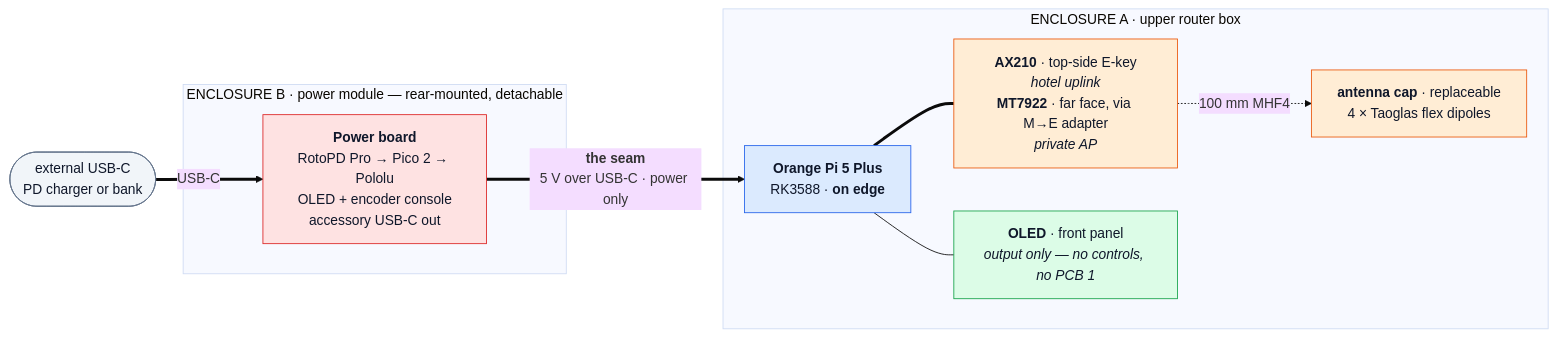
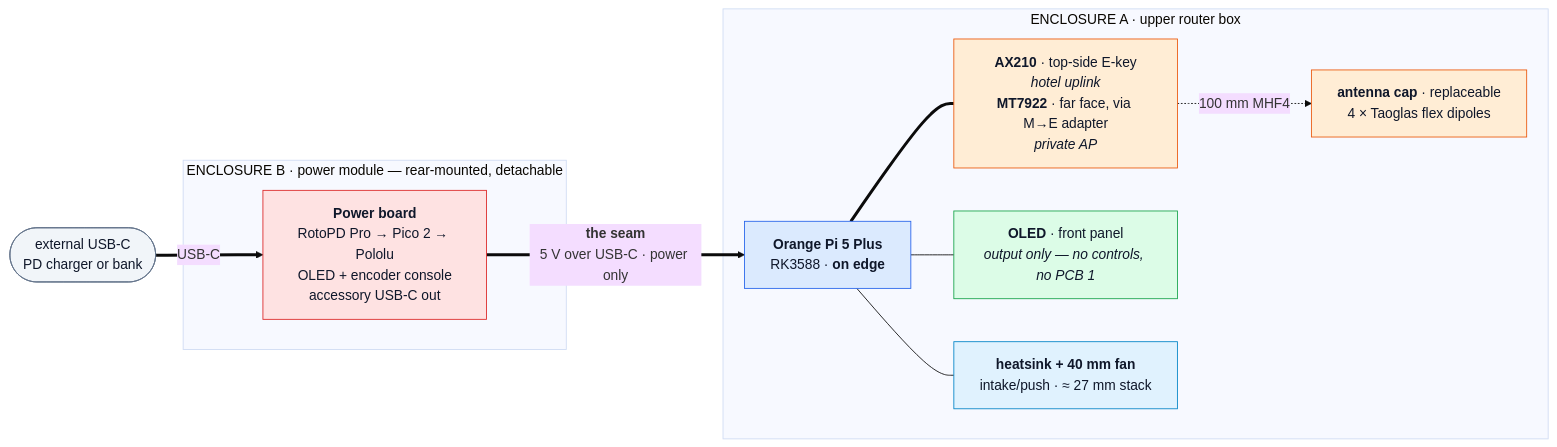
Before and after one commit to ParkWardRR/vezha: the diagram in README.md, drawn with Mermaid (base theme). The commit also changed other lines of this file and 4 other files, not shown here.

````diff
--- a/README.md
+++ b/README.md
@@ -86,28 +87,31 @@
 ```mermaid
 flowchart LR
     CHG([external USB-C<br/>PD charger or bank]):::ext
 
     subgraph B["ENCLOSURE B · power module — rear-mounted, detachable"]
         PCB2["<b>Power board</b><br/>RotoPD Pro → Pico 2 → Pololu<br/>OLED + encoder console<br/>accessory USB-C out"]:::pwr
     end
 
     subgraph A["ENCLOSURE A · upper router box"]
         CAP["<b>antenna cap</b> · replaceable<br/>4 × Taoglas flex dipoles"]:::rf
         PI["<b>Orange Pi 5 Plus</b><br/>RK3588 · <b>on edge</b>"]:::core
         RAD["<b>AX210</b> · top-side E-key<br/><i>hotel uplink</i><br/><b>MT7922</b> · far face, via M→E adapter<br/><i>private AP</i>"]:::rf
         EPD["<b>OLED</b> · front panel<br/><i>output only — no controls, no PCB 1</i>"]:::ctl
+        COOL["<b>heatsink + 40 mm fan</b><br/>intake/push · ≈ 27 mm stack"]:::th
         PI === RAD
         RAD -.->|"100 mm MHF4"| CAP
         PI --- EPD
+        PI --- COOL
     end
 
     CHG ==>|USB-C| PCB2
     PCB2 ==>|"<b>the seam</b><br/>5 V over USB-C · power only"| PI
 
     classDef ext  fill:#f1f5f9,stroke:#64748b,color:#0f172a
     classDef pwr  fill:#fee2e2,stroke:#dc2626,color:#0f172a
     classDef ctl  fill:#dcfce7,stroke:#16a34a,color:#0f172a
     classDef core fill:#dbeafe,stroke:#2563eb,color:#0f172a
     classDef rf   fill:#ffedd5,stroke:#ea580c,color:#0f172a
+    classDef th   fill:#e0f2fe,stroke:#0284c7,color:#0f172a
     classDef ghost fill:#f8fafc,stroke:#cbd5e1,color:#64748b
 ```
````
